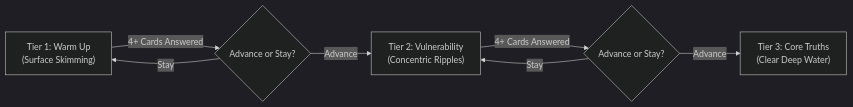
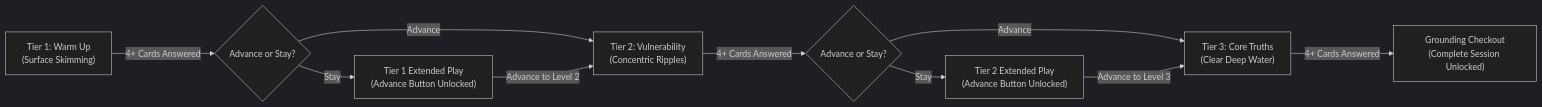
Before and after one commit to tjmustard/Skipstone: the diagram in README.md, drawn with Mermaid (dark theme). The commit also changed other lines of this file and 43 other files, not shown here.

Commit message:
Release v1.0.1: Persistent Tier Progression & Session Completion Navigation

````diff
--- a/README.md
+++ b/README.md
@@ -74,9 +74,12 @@
 ```mermaid
 flowchart LR
-    T1["Tier 1: Warm Up<br/>(Surface Skimming)"] -->|4+ Cards Answered| Modal{"Advance or Stay?"}
-    Modal -->|Advance| T2["Tier 2: Vulnerability<br/>(Concentric Ripples)"]
-    Modal -->|Stay| T1
+    T1["Tier 1: Warm Up<br/>(Surface Skimming)"] -->|4+ Cards Answered| Modal1{"Advance or Stay?"}
+    Modal1 -->|Advance| T2["Tier 2: Vulnerability<br/>(Concentric Ripples)"]
+    Modal1 -->|Stay| T1Btn["Tier 1 Extended Play<br/>(Advance Button Unlocked)"]
+    T1Btn -->|Advance to Level 2| T2
     T2 -->|4+ Cards Answered| Modal2{"Advance or Stay?"}
     Modal2 -->|Advance| T3["Tier 3: Core Truths<br/>(Clear Deep Water)"]
-    Modal2 -->|Stay| T2
+    Modal2 -->|Stay| T2Btn["Tier 2 Extended Play<br/>(Advance Button Unlocked)"]
+    T2Btn -->|Advance to Level 3| T3
+    T3 -->|4+ Cards Answered| Checkout["Grounding Checkout<br/>(Complete Session Unlocked)"]
 ```
````
